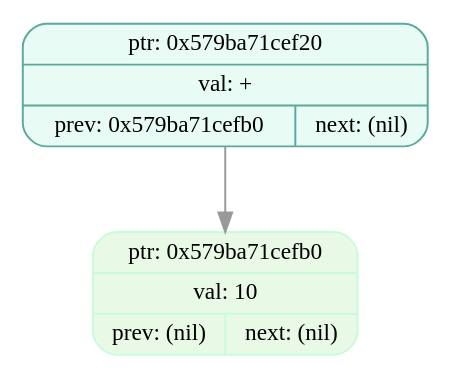
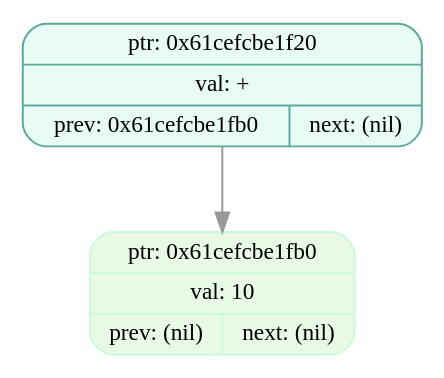
The diagram in dumps/tree_dump_001.dot (EvilTomato9890/Difference), drawn with Graphviz before and after one commit. The commit also changed 26 other files, not shown here.

```diff
--- a/dumps/tree_dump_001.dot
+++ b/dumps/tree_dump_001.dot
@@ -1,7 +1,7 @@
 digraph T{
   node [fontname="Fira Mono",shape=record,style="filled,rounded",fontsize=12];
   graph [splines=true, nodesep=0.6, ranksep=0.6];
-  node_0x579ba71cef20[shape=record,label="{ {ptr: 0x579ba71cef20} | {val: +} | { prev: 0x579ba71cefb0 | next: (nil) } }",color="#5aa99b",fillcolor="#e9fbf5"];
-  node_0x579ba71cefb0[shape=record,label="{ {ptr: 0x579ba71cefb0} | {val: 10} | { prev: (nil) | next: (nil) } }",color="#c9fbdbff",fillcolor="#e8f9e5ff"];
-  node_0x579ba71cef20 -> node_0x579ba71cefb0 [color="#999999"];
+  node_0x61cefcbe1f20[shape=record,label="{ {ptr: 0x61cefcbe1f20} | {val: +} | { prev: 0x61cefcbe1fb0 | next: (nil) } }",color="#5aa99b",fillcolor="#e9fbf5"];
+  node_0x61cefcbe1fb0[shape=record,label="{ {ptr: 0x61cefcbe1fb0} | {val: 10} | { prev: (nil) | next: (nil) } }",color="#c9fbdbff",fillcolor="#e8f9e5ff"];
+  node_0x61cefcbe1f20 -> node_0x61cefcbe1fb0 [color="#999999"];
 }
```
